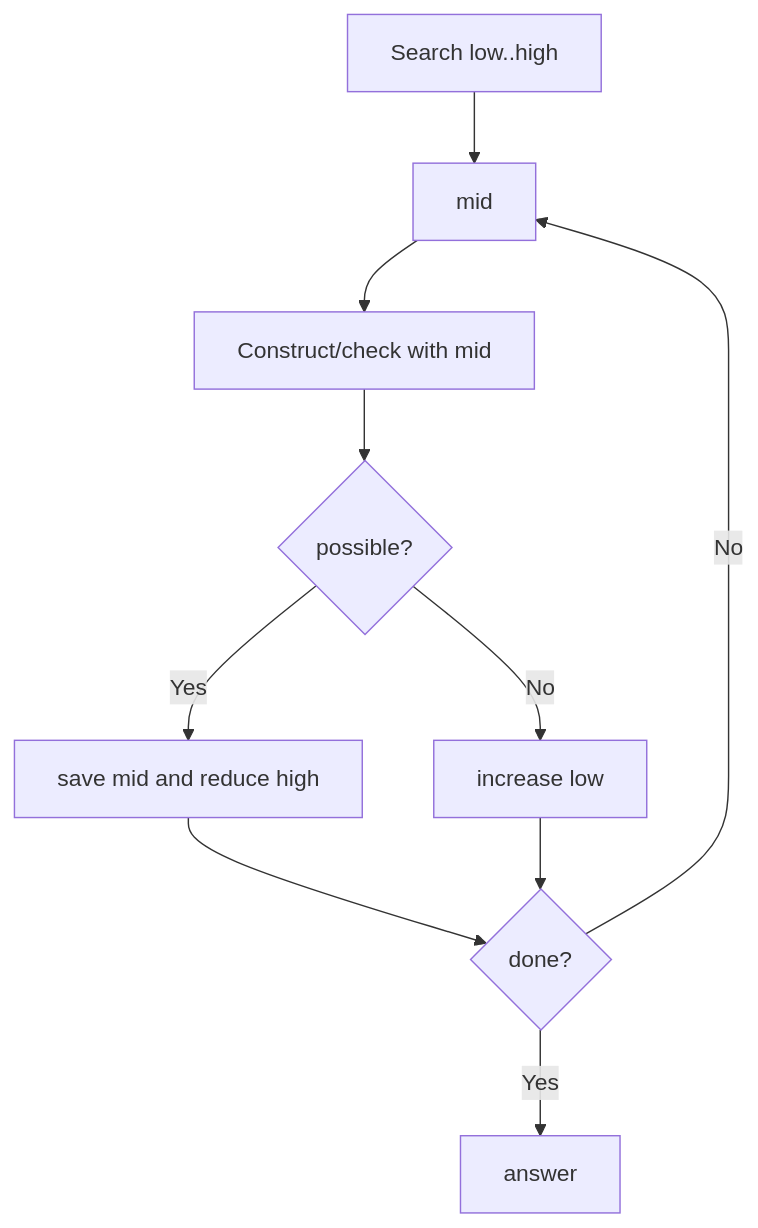
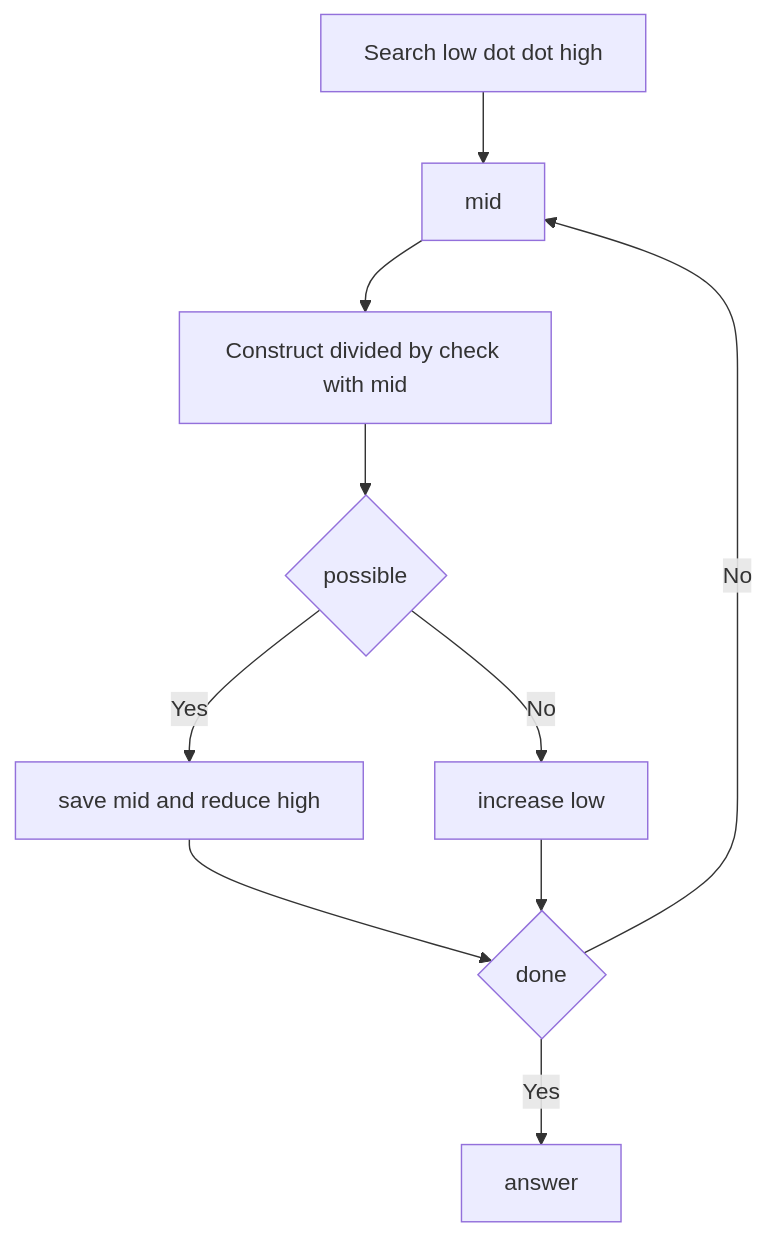
Diagram 17 of 25 in CP_DSA_NOTES/002_CONCEPT_FRAMEWORK_FORMS_TATICS/011_CONTRUCTIVE_ALGORITHMS_CFFT.md (mthaiseer/springcloud-systemdesign-notes), drawn with Mermaid before and after one commit. The commit also changed other lines of this file and 1 other file, not shown here.

````diff
--- a/CP_DSA_NOTES/002_CONCEPT_FRAMEWORK_FORMS_TATICS/011_CONTRUCTIVE_ALGORITHMS_CFFT.md
+++ b/CP_DSA_NOTES/002_CONCEPT_FRAMEWORK_FORMS_TATICS/011_CONTRUCTIVE_ALGORITHMS_CFFT.md
@@ -1778,12 +1773,12 @@
 ```mermaid
 flowchart TD
-    A[Search low..high] --> B[mid]
-    B --> C[Construct/check with mid]
-    C --> D{possible?}
-    D -->|Yes| E[save mid and reduce high]
-    D -->|No| F[increase low]
-    E --> G{done?}
+    A["Search low dot dot high"] --> B["mid"]
+    B --> C["Construct divided by check with mid"]
+    C --> D{"possible"}
+    D -->|Yes| E["save mid and reduce high"]
+    D -->|No| F["increase low"]
+    E --> G{"done"}
     F --> G
     G -->|No| B
-    G -->|Yes| H[answer]
+    G -->|Yes| H["answer"]
 ```
````
